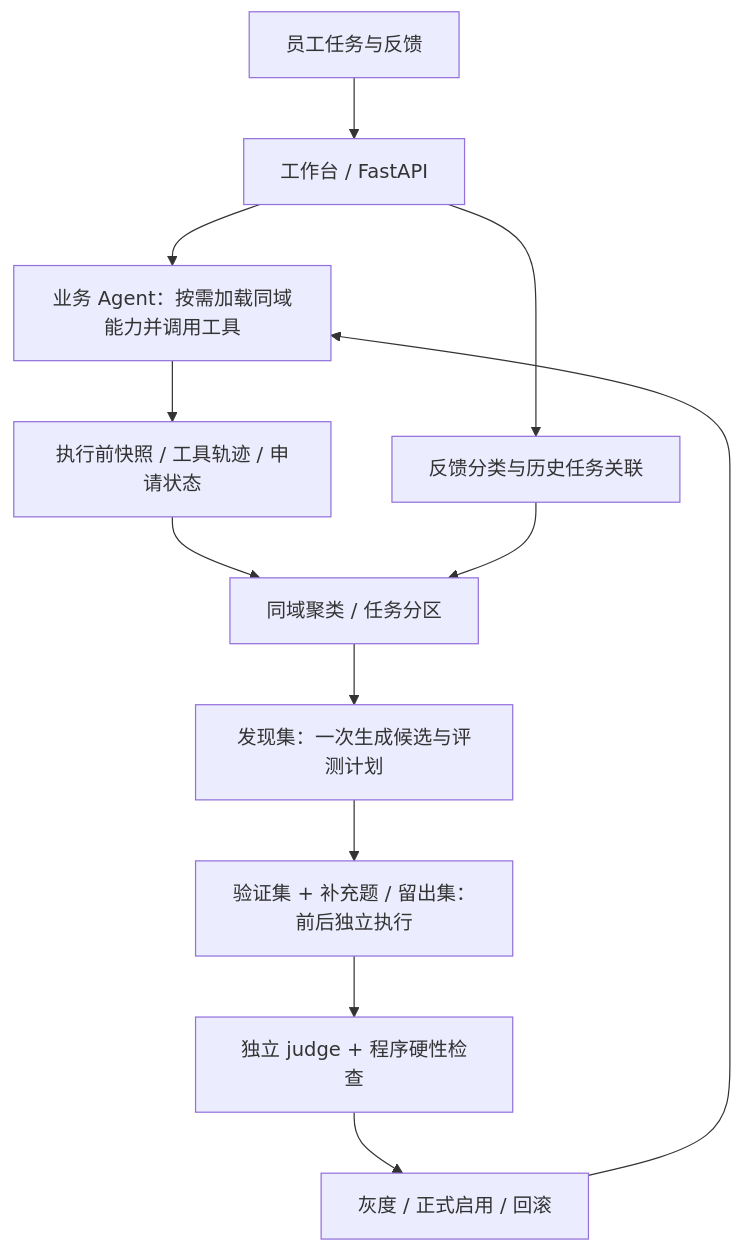
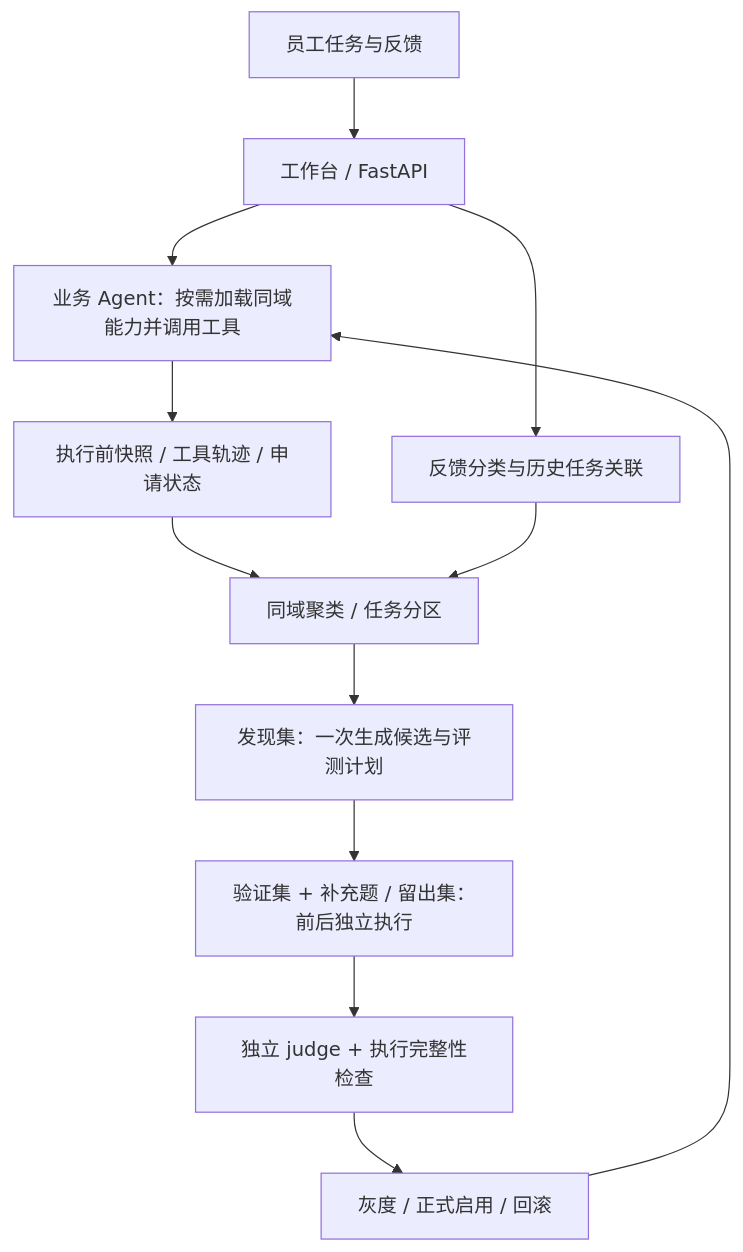
The diagram in README.md (qhzeng-gittec/administrative-agent), drawn with Mermaid before and after one commit. The commit also changed other lines of this file and 4 other files, not shown here.

````diff
--- a/README.md
+++ b/README.md
@@ -22,14 +22,14 @@
 ```mermaid
 flowchart TD
     U[员工任务与反馈] --> W[工作台 / FastAPI]
     W --> A[业务 Agent：按需加载同域能力并调用工具]
     A --> T[执行前快照 / 工具轨迹 / 申请状态]
     W --> F[反馈分类与历史任务关联]
     T --> G[同域聚类 / 任务分区]
     F --> G
     G --> P[发现集：一次生成候选与评测计划]
     P --> E[验证集 + 补充题 / 留出集：前后独立执行]
-    E --> J[独立 judge + 程序硬性检查]
+    E --> J[独立 judge + 执行完整性检查]
     J --> C[灰度 / 正式启用 / 回滚]
     C --> A
 ```
````
